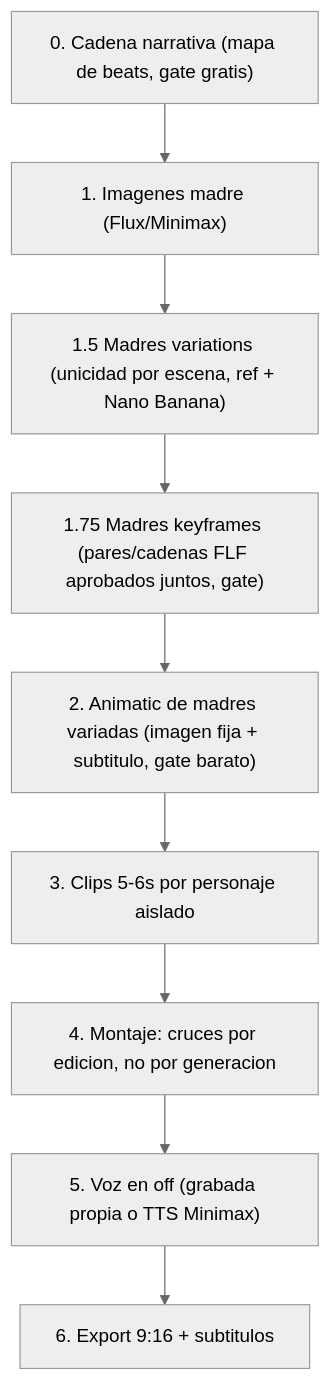
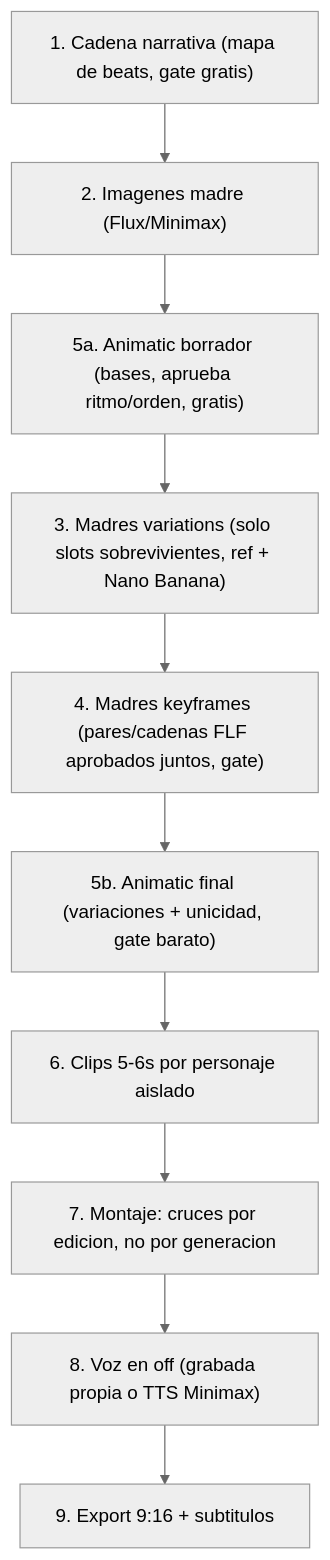
The diagram in metodo/pipeline.md (jorgeeferreyra/entorno_audiovisual_creativo), drawn with Mermaid (neutral theme) before and after one commit. The commit also changed other lines of this file and 10 other files, not shown here.

First line of the commit message:
Permitir animatic borrador antes de pagar variaciones.

````diff
--- a/metodo/pipeline.md
+++ b/metodo/pipeline.md
@@ -19,11 +19,12 @@
 ```mermaid
 flowchart TD
-    A0["0. Cadena narrativa (mapa de beats, gate gratis)"] --> A["1. Imagenes madre (Flux/Minimax)"]
-    A --> A1["1.5 Madres variations (unicidad por escena, ref + Nano Banana)"]
-    A1 --> A175["1.75 Madres keyframes (pares/cadenas FLF aprobados juntos, gate)"]
-    A175 --> A2["2. Animatic de madres variadas (imagen fija + subtitulo, gate barato)"]
-    A2 --> B["3. Clips 5-6s por personaje aislado"]
-    B --> C["4. Montaje: cruces por edicion, no por generacion"]
-    C --> D["5. Voz en off (grabada propia o TTS Minimax)"]
-    D --> E["6. Export 9:16 + subtitulos"]
+    A0["1. Cadena narrativa (mapa de beats, gate gratis)"] --> A["2. Imagenes madre (Flux/Minimax)"]
+    A --> Aborr["5a. Animatic borrador (bases, aprueba ritmo/orden, gratis)"]
+    Aborr --> A1["3. Madres variations (solo slots sobrevivientes, ref + Nano Banana)"]
+    A1 --> A175["4. Madres keyframes (pares/cadenas FLF aprobados juntos, gate)"]
+    A175 --> A2["5b. Animatic final (variaciones + unicidad, gate barato)"]
+    A2 --> B["6. Clips 5-6s por personaje aislado"]
+    B --> C["7. Montaje: cruces por edicion, no por generacion"]
+    C --> D["8. Voz en off (grabada propia o TTS Minimax)"]
+    D --> E["9. Export 9:16 + subtitulos"]
 ```
````
